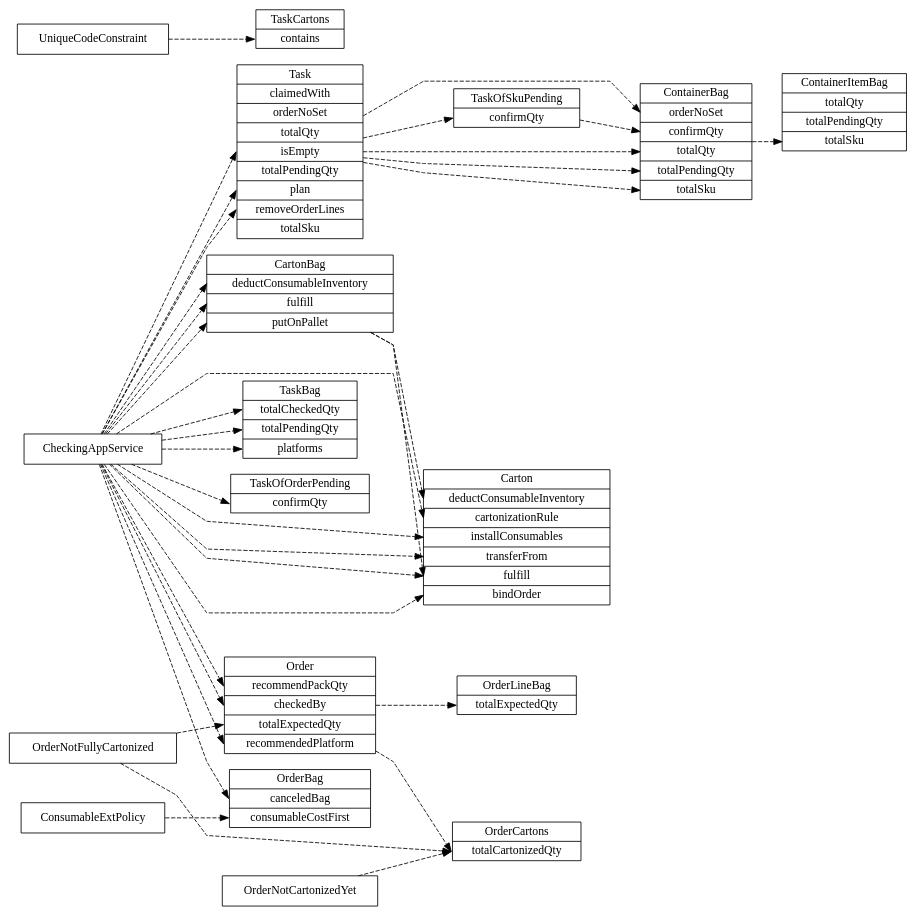
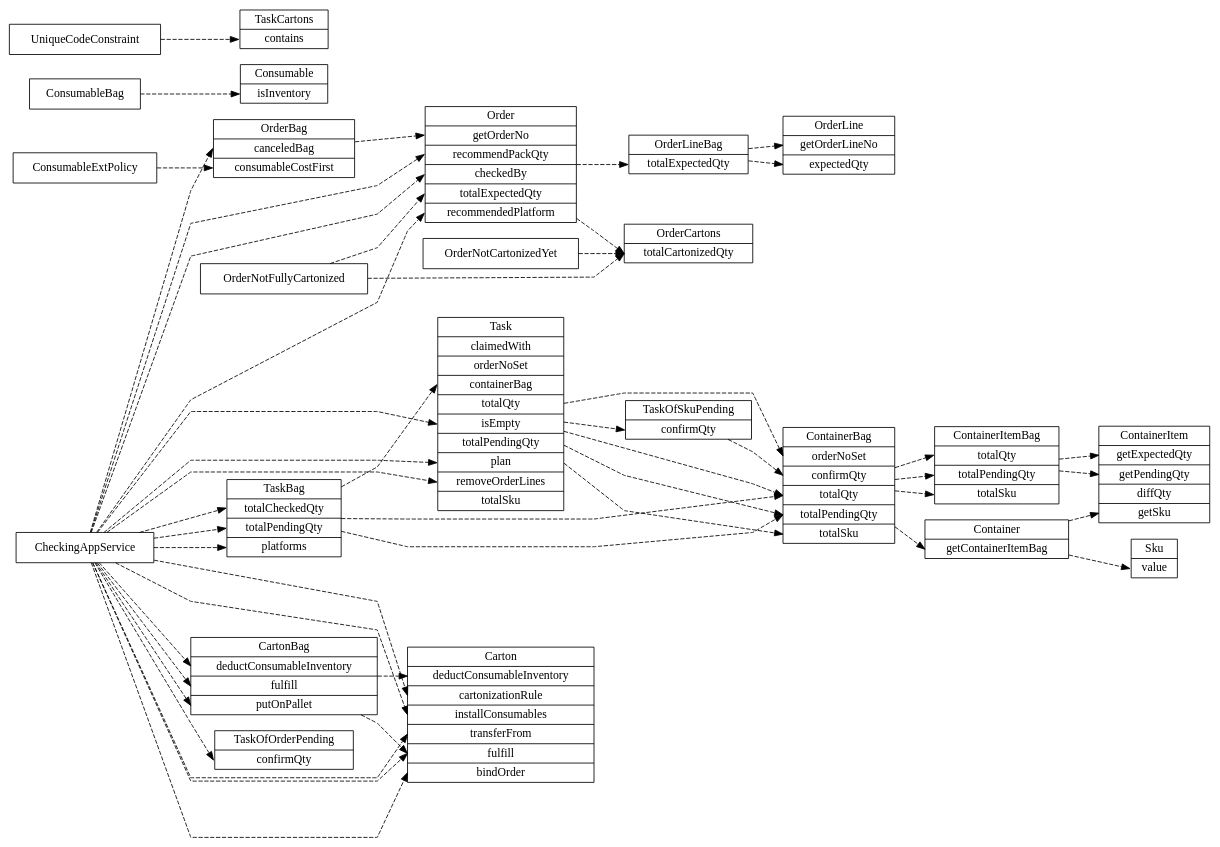
Before and after one commit to funkygao/cp-ddd-framework: the diagram in doc/callgraph.dot, drawn with Graphviz. The commit also changed 4 other files, not shown here.

Commit message:
solved: 解决了chained method invocation missing call graph node issue

```diff
--- a/doc/callgraph.dot
+++ b/doc/callgraph.dot
@@ -1,57 +1,76 @@
 digraph G {
    labelloc = "t";
    rankdir=LR;
    splines = polyline;
    node [shape=record];
    edge [style = dashed, fontsize=10];
 
    Carton [label="<Carton> Carton|<deductConsumableInventory> deductConsumableInventory|<cartonizationRule> cartonizationRule|<installConsumables> installConsumables|<transferFrom> transferFrom|<fulfill> fulfill|<bindOrder> bindOrder"];
    CartonBag [label="<CartonBag> CartonBag|<deductConsumableInventory> deductConsumableInventory|<fulfill> fulfill|<putOnPallet> putOnPallet"];
+   Consumable [label="<Consumable> Consumable|<isInventory> isInventory"];
+   Container [label="<Container> Container|<getContainerItemBag> getContainerItemBag"];
    ContainerBag [label="<ContainerBag> ContainerBag|<orderNoSet> orderNoSet|<confirmQty> confirmQty|<totalQty> totalQty|<totalPendingQty> totalPendingQty|<totalSku> totalSku"];
+   ContainerItem [label="<ContainerItem> ContainerItem|<getExpectedQty> getExpectedQty|<getPendingQty> getPendingQty|<diffQty> diffQty|<getSku> getSku"];
    ContainerItemBag [label="<ContainerItemBag> ContainerItemBag|<totalQty> totalQty|<totalPendingQty> totalPendingQty|<totalSku> totalSku"];
-   Order [label="<Order> Order|<recommendPackQty> recommendPackQty|<checkedBy> checkedBy|<totalExpectedQty> totalExpectedQty|<recommendedPlatform> recommendedPlatform"];
+   Order [label="<Order> Order|<getOrderNo> getOrderNo|<recommendPackQty> recommendPackQty|<checkedBy> checkedBy|<totalExpectedQty> totalExpectedQty|<recommendedPlatform> recommendedPlatform"];
    OrderBag [label="<OrderBag> OrderBag|<canceledBag> canceledBag|<consumableCostFirst> consumableCostFirst"];
    OrderCartons [label="<OrderCartons> OrderCartons|<totalCartonizedQty> totalCartonizedQty"];
+   OrderLine [label="<OrderLine> OrderLine|<getOrderLineNo> getOrderLineNo|<expectedQty> expectedQty"];
    OrderLineBag [label="<OrderLineBag> OrderLineBag|<totalExpectedQty> totalExpectedQty"];
-   Task [label="<Task> Task|<claimedWith> claimedWith|<orderNoSet> orderNoSet|<totalQty> totalQty|<isEmpty> isEmpty|<totalPendingQty> totalPendingQty|<plan> plan|<removeOrderLines> removeOrderLines|<totalSku> totalSku"];
+   Sku [label="<Sku> Sku|<value> value"];
+   Task [label="<Task> Task|<claimedWith> claimedWith|<orderNoSet> orderNoSet|<containerBag> containerBag|<totalQty> totalQty|<isEmpty> isEmpty|<totalPendingQty> totalPendingQty|<plan> plan|<removeOrderLines> removeOrderLines|<totalSku> totalSku"];
    TaskBag [label="<TaskBag> TaskBag|<totalCheckedQty> totalCheckedQty|<totalPendingQty> totalPendingQty|<platforms> platforms"];
    TaskCartons [label="<TaskCartons> TaskCartons|<contains> contains"];
    TaskOfOrderPending [label="<TaskOfOrderPending> TaskOfOrderPending|<confirmQty> confirmQty"];
    TaskOfSkuPending [label="<TaskOfSkuPending> TaskOfSkuPending|<confirmQty> confirmQty"];
 
    CartonBag -> Carton:deductConsumableInventory
    CartonBag -> Carton:fulfill
    CheckingAppService -> TaskOfOrderPending:confirmQty
    CheckingAppService -> CartonBag:fulfill
    CheckingAppService -> CartonBag:putOnPallet
    CheckingAppService -> Order:checkedBy
    CheckingAppService -> CartonBag:deductConsumableInventory
    CheckingAppService -> Carton:cartonizationRule
    CheckingAppService -> Carton:bindOrder
    CheckingAppService -> Carton:transferFrom
    CheckingAppService -> OrderBag:canceledBag
    CheckingAppService -> Order:recommendPackQty
    CheckingAppService -> Carton:installConsumables
    CheckingAppService -> Carton:fulfill
    CheckingAppService -> Order:recommendedPlatform
    CheckingAppService -> TaskBag:platforms
    CheckingAppService -> TaskBag:totalCheckedQty
    CheckingAppService -> TaskBag:totalPendingQty
    CheckingAppService -> Task:removeOrderLines
    CheckingAppService -> Task:isEmpty
    CheckingAppService -> Task:plan
+   ConsumableBag -> Consumable:isInventory
    ConsumableExtPolicy -> OrderBag:consumableCostFirst
+   ContainerBag -> ContainerItemBag:totalPendingQty
+   ContainerBag -> Container:getContainerItemBag
+   ContainerBag -> ContainerItemBag:totalQty
    ContainerBag -> ContainerItemBag:totalSku
+   ContainerItemBag -> ContainerItem:getPendingQty
+   ContainerItemBag -> ContainerItem:getExpectedQty
+   Container -> Sku:value
+   Container -> ContainerItem:getSku
+   OrderBag -> Order:getOrderNo
+   OrderLineBag -> OrderLine:getOrderLineNo
+   OrderLineBag -> OrderLine:expectedQty
    OrderNotCartonizedYet -> OrderCartons:totalCartonizedQty
    OrderNotFullyCartonized -> Order:totalExpectedQty
    OrderNotFullyCartonized -> OrderCartons:totalCartonizedQty
    Order -> OrderCartons:totalCartonizedQty
    Order -> OrderLineBag:totalExpectedQty
+   TaskBag -> ContainerBag:totalPendingQty
+   TaskBag -> Task:containerBag
+   TaskBag -> ContainerBag:totalQty
    TaskOfSkuPending -> ContainerBag:confirmQty
    Task -> TaskOfSkuPending:confirmQty
    Task -> ContainerBag:orderNoSet
    Task -> ContainerBag:totalPendingQty
    Task -> ContainerBag:totalQty
    Task -> ContainerBag:totalSku
    UniqueCodeConstraint -> TaskCartons:contains
 }
```
